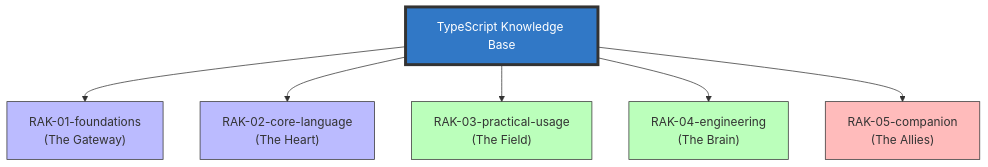
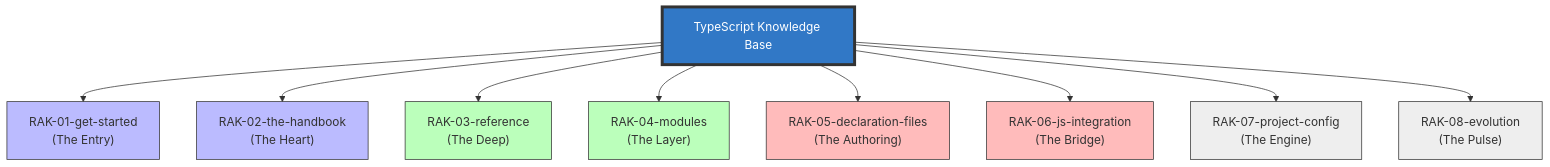
The diagram in README.md (syahputrawork98-sketch/TypeScript-Knowledge-Base), drawn with Mermaid before and after one commit. The commit also changed other lines of this file and 4 other files, not shown here.

Commit message:
feat: Implement a new 8-Rack repository architecture and add documentation for conventions, architecture, and the detailed repository plan.

````diff
--- a/README.md
+++ b/README.md
@@ -42,23 +42,32 @@
 ```mermaid
 graph TD
     Root["TypeScript Knowledge Base"]
     
-    RAK01["RAK-01-foundations<br/>(The Gateway)"]
-    RAK02["RAK-02-core-language<br/>(The Heart)"]
-    RAK03["RAK-03-practical-usage<br/>(The Field)"]
-    RAK04["RAK-04-engineering<br/>(The Brain)"]
-    RAK05["RAK-05-companion<br/>(The Allies)"]
+    RAK01["RAK-01-get-started<br/>(The Entry)"]
+    RAK02["RAK-02-the-handbook<br/>(The Heart)"]
+    RAK03["RAK-03-reference<br/>(The Deep)"]
+    RAK04["RAK-04-modules<br/>(The Layer)"]
+    RAK05["RAK-05-declaration-files<br/>(The Authoring)"]
+    RAK06["RAK-06-js-integration<br/>(The Bridge)"]
+    RAK07["RAK-07-project-config<br/>(The Engine)"]
+    RAK08["RAK-08-evolution<br/>(The Pulse)"]
     
     Root --> RAK01
     Root --> RAK02
     Root --> RAK03
     Root --> RAK04
     Root --> RAK05
+    Root --> RAK06
+    Root --> RAK07
+    Root --> RAK08
     
     style Root fill:#3178C6,stroke:#333,stroke-width:4px,color:#fff
     style RAK01 fill:#bbf,stroke:#333
     style RAK02 fill:#bbf,stroke:#333
     style RAK03 fill:#bfb,stroke:#333
     style RAK04 fill:#bfb,stroke:#333
     style RAK05 fill:#fbb,stroke:#333
+    style RAK06 fill:#fbb,stroke:#333
+    style RAK07 fill:#eee,stroke:#333
+    style RAK08 fill:#eee,stroke:#333
 ```
````
